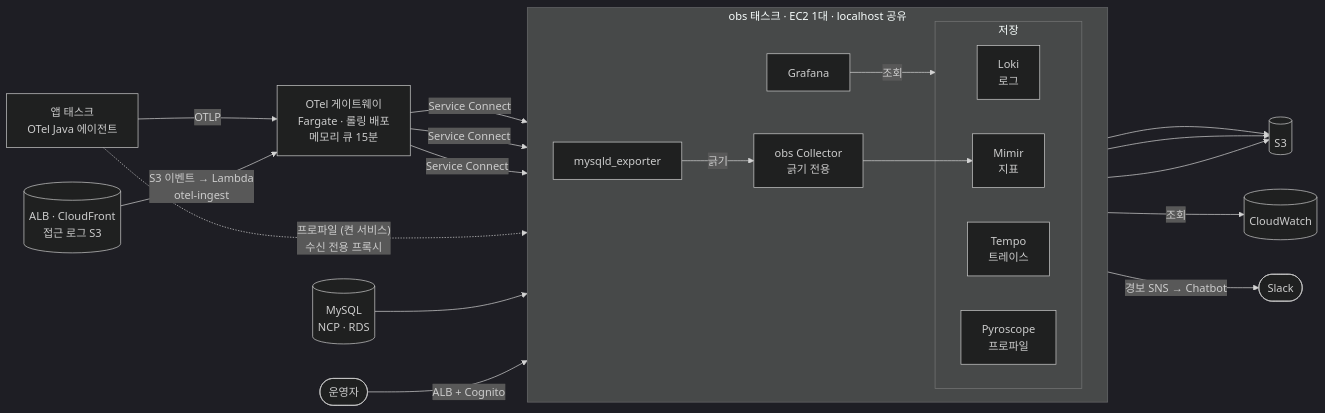
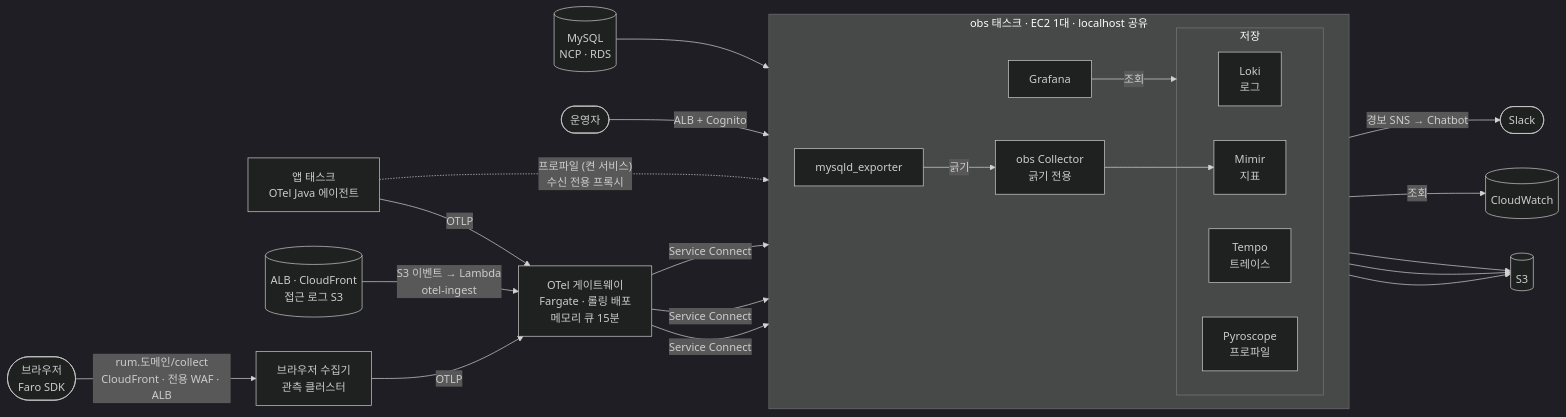
Before and after one commit to Grandis-2/nova-infra: the first of 5 diagrams in terraform/aws/monitoring/lgtm/nova_apnortheast2/config/README.md, drawn with Mermaid (dark theme). The commit also changed other lines of this file and 4 other files, not shown here.

First line of the commit message:
feat(monitoring): 브라우저 수집기 서비스와 ALB 연결 (NV-593 2/2)

````diff
--- a/terraform/aws/monitoring/lgtm/nova_apnortheast2/config/README.md
+++ b/terraform/aws/monitoring/lgtm/nova_apnortheast2/config/README.md
@@ -20,39 +20,43 @@
 ```mermaid
 flowchart LR
   app["앱 태스크<br/>OTel Java 에이전트"]
   ncp[("MySQL<br/>NCP · RDS")]
   user(["운영자"])
 
   gw["OTel 게이트웨이<br/>Fargate · 롤링 배포<br/>메모리 큐 15분"]
 
   subgraph obs["obs 태스크 · EC2 1대 · localhost 공유"]
     direction LR
     exp["mysqld_exporter"]
     col["obs Collector<br/>긁기 전용"]
     subgraph store["저장"]
       loki["Loki<br/>로그"]
       tempo["Tempo<br/>트레이스"]
       mimir["Mimir<br/>지표"]
       pyro["Pyroscope<br/>프로파일"]
     end
     graf["Grafana"]
   end
 
   s3[("S3")]
   cw[("CloudWatch")]
   slack(["Slack"])
 
   edge[("ALB · CloudFront<br/>접근 로그 S3")]
+  br(["브라우저<br/>Faro SDK"])
+  rum["브라우저 수집기<br/>관측 클러스터"]
   app -- "OTLP" --> gw
+  br -- "rum.도메인/collect<br/>CloudFront · 전용 WAF · ALB" --> rum
+  rum -- "OTLP" --> gw
   edge -- "S3 이벤트 → Lambda<br/>otel-ingest" --> gw
   gw -- "Service Connect" --> loki & tempo & mimir
   app -. "프로파일 (켠 서비스)<br/>수신 전용 프록시" .-> pyro
   exp -- "긁기" --> col
   ncp --> exp
   col --> mimir
   loki & tempo & mimir --> s3
   graf -- "조회" --> store
   graf -- "조회" --> cw
   graf -- "경보 SNS → Chatbot" --> slack
   user -- "ALB + Cognito" --> graf
 ```
````
